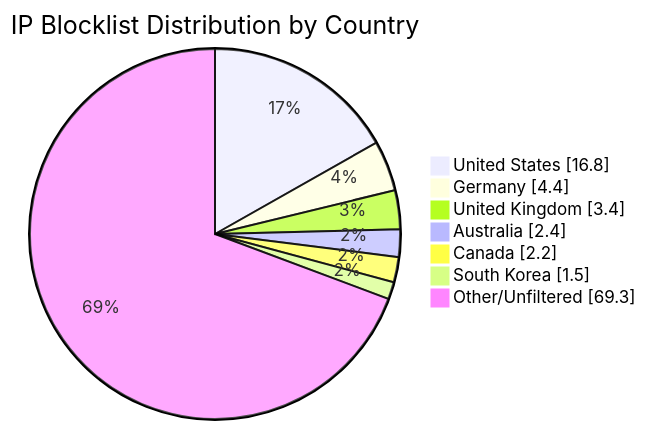
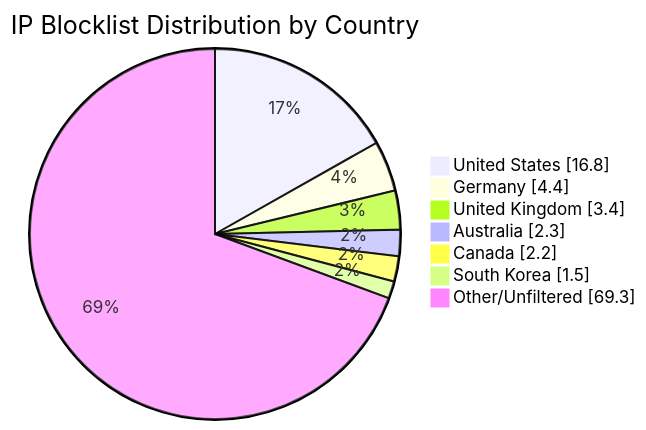
Before and after one commit to MarcusHoltz/ipblocklist-geofiltered-aggregator: the diagram in README.md, drawn with Mermaid. The commit also changed other lines of this file and 9 other files, not shown here.

````diff
--- a/README.md
+++ b/README.md
@@ -34,10 +34,10 @@
 ```mermaid
 pie showData title IP Blocklist Distribution by Country
 "United States" : 16.8
 "Germany" : 4.4
 "United Kingdom" : 3.4
-"Australia" : 2.4
+"Australia" : 2.3
 "Canada" : 2.2
 "South Korea" : 1.5
 "Other/Unfiltered" : 69.3
 ```
````
